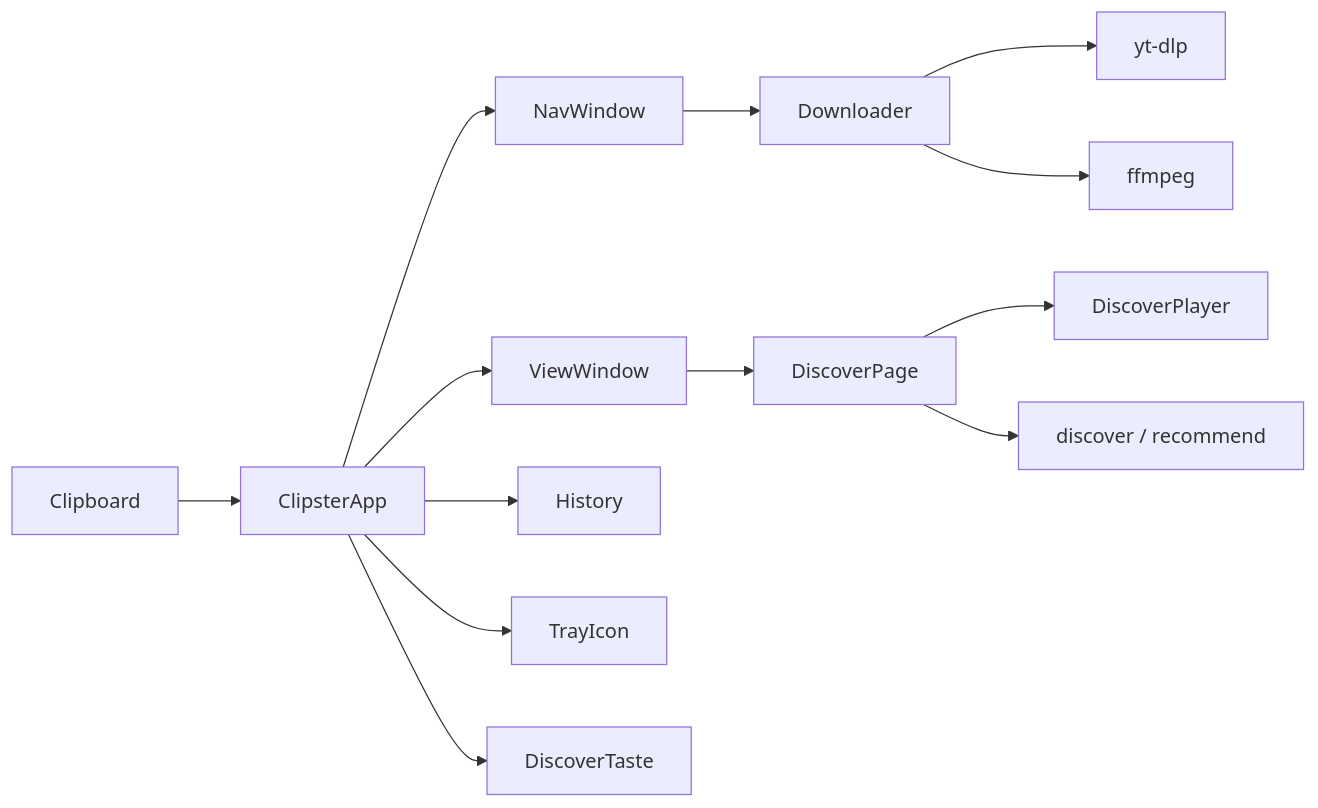
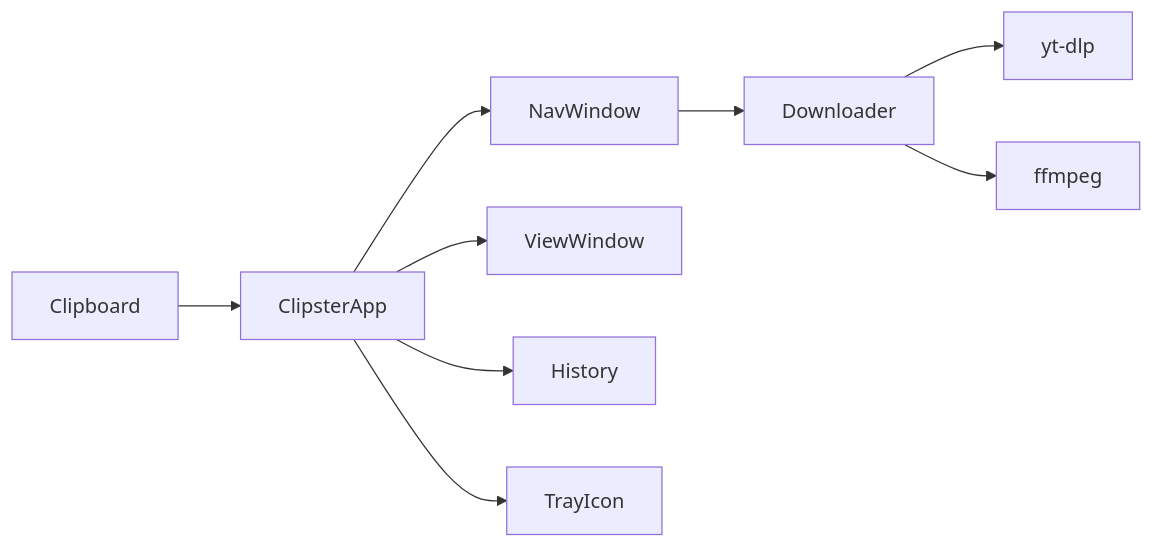
Before and after one commit to joruf/youtube-clipster: the diagram in docs/TECHNICAL.md, drawn with Mermaid. The commit also changed other lines of this file and 142 other files, not shown here.

````diff
--- a/docs/TECHNICAL.md
+++ b/docs/TECHNICAL.md
@@ -18,15 +17,11 @@
 ```mermaid
 flowchart LR
   Clipboard --> App[ClipsterApp]
   App --> Nav[NavWindow]
   App --> View[ViewWindow]
   App --> History
   App --> Tray[TrayIcon]
   Nav --> Downloader
   Downloader --> yt-dlp
   Downloader --> ffmpeg
-  View --> DiscoverPage
-  DiscoverPage --> DiscoverPlayer
-  DiscoverPage --> Discover[discover / recommend]
-  App --> Taste[DiscoverTaste]
 ```
````
